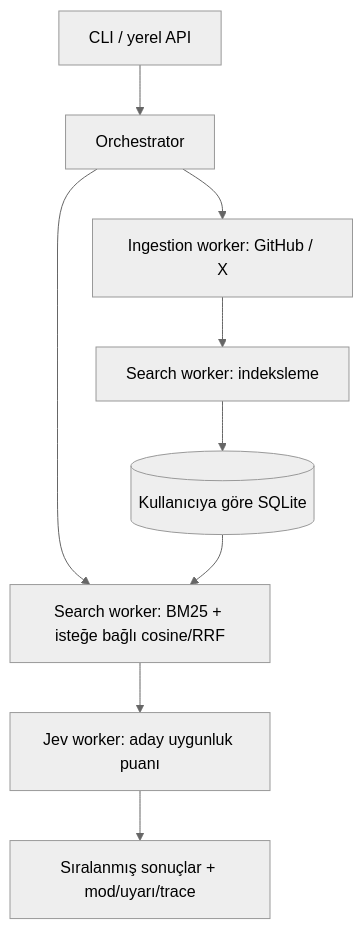
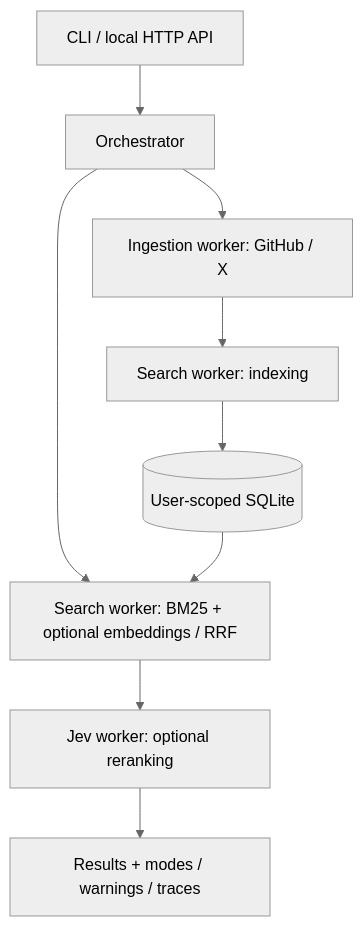
One commit to ismailucrn/bookmarkfinder changed the diagram in README.md. Above: the diagram before and after it, drawn with Mermaid (neutral theme). The commit also changed other lines of this file and 9 other files, not shown here.

````diff
--- a/README.md
+++ b/README.md
@@ -74,11 +70,11 @@
 ```mermaid
 flowchart TD
-  CLI[CLI / yerel API] --> O[Orchestrator]
+  A[CLI / local HTTP API] --> O[Orchestrator]
   O --> I[Ingestion worker: GitHub / X]
-  I --> E[Search worker: indeksleme]
-  E --> DB[(Kullanıcıya göre SQLite)]
-  O --> S[Search worker: BM25 + isteğe bağlı cosine/RRF]
+  I --> E[Search worker: indexing]
+  E --> DB[(User-scoped SQLite)]
+  O --> S[Search worker: BM25 + optional embeddings / RRF]
   DB --> S
-  S --> J[Jev worker: aday uygunluk puanı]
-  J --> R[Sıralanmış sonuçlar + mod/uyarı/trace]
+  S --> J[Jev worker: optional reranking]
+  J --> R[Results + modes / warnings / traces]
 ```
````
